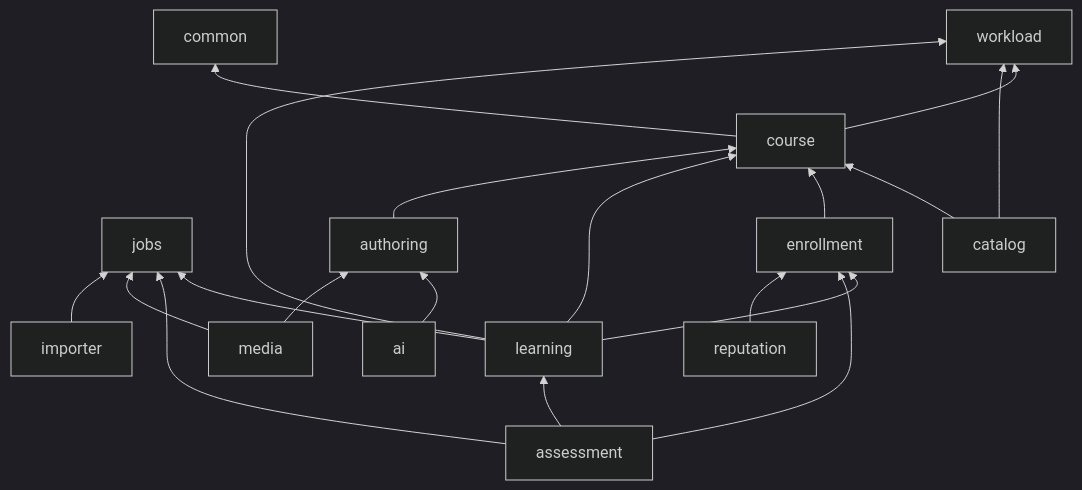
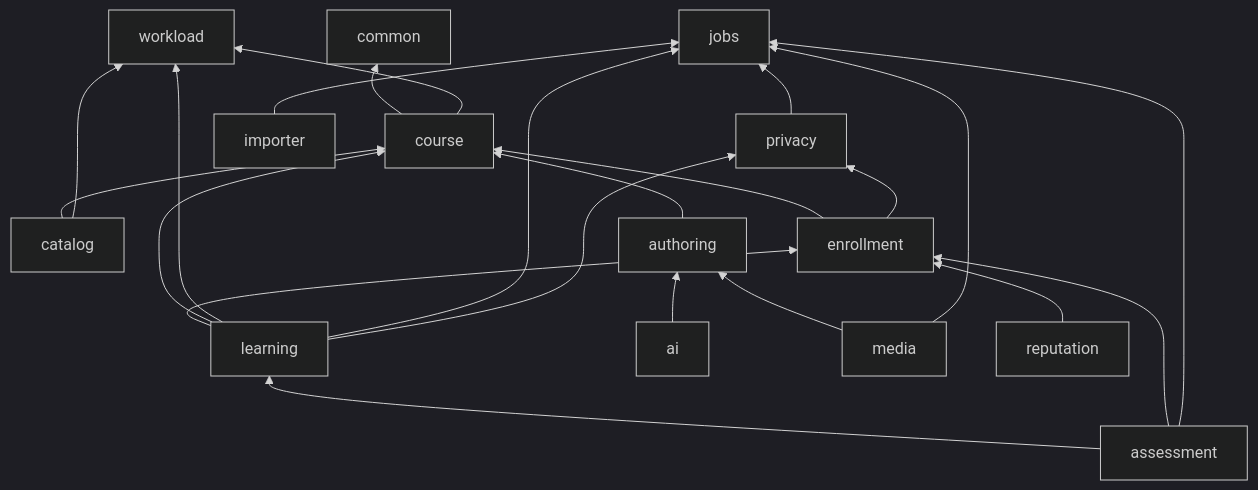
Before and after one commit to wasichai/elearning-backend: the second of 3 diagrams in docs/architecture/overview.md, drawn with Mermaid (dark theme). The commit also changed 29 other files, not shown here.

````diff
--- a/docs/architecture/overview.md
+++ b/docs/architecture/overview.md
@@ -113,25 +113,28 @@
 ```mermaid
 flowchart BT
     common
     workload
     jobs
     course --> common
     course --> workload
     catalog --> course
     catalog --> workload
     enrollment --> course
+    enrollment --> privacy
+    privacy --> jobs
     learning --> enrollment
     learning --> course
     learning --> workload
     learning --> jobs
+    learning --> privacy
     assessment --> learning
     assessment --> enrollment
     assessment --> jobs
     authoring --> course
     importer
     ai --> authoring
     media --> authoring
     media --> jobs
     reputation --> enrollment
     importer --> jobs
 ```
````
